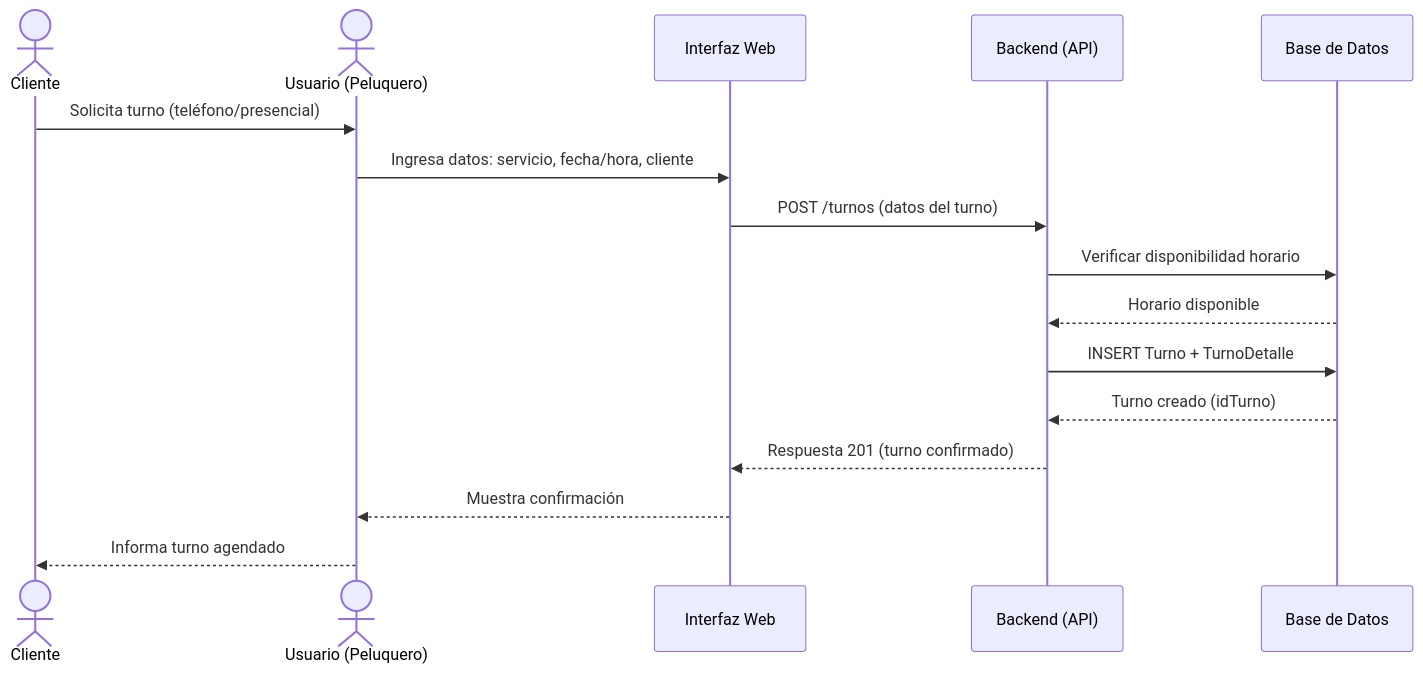
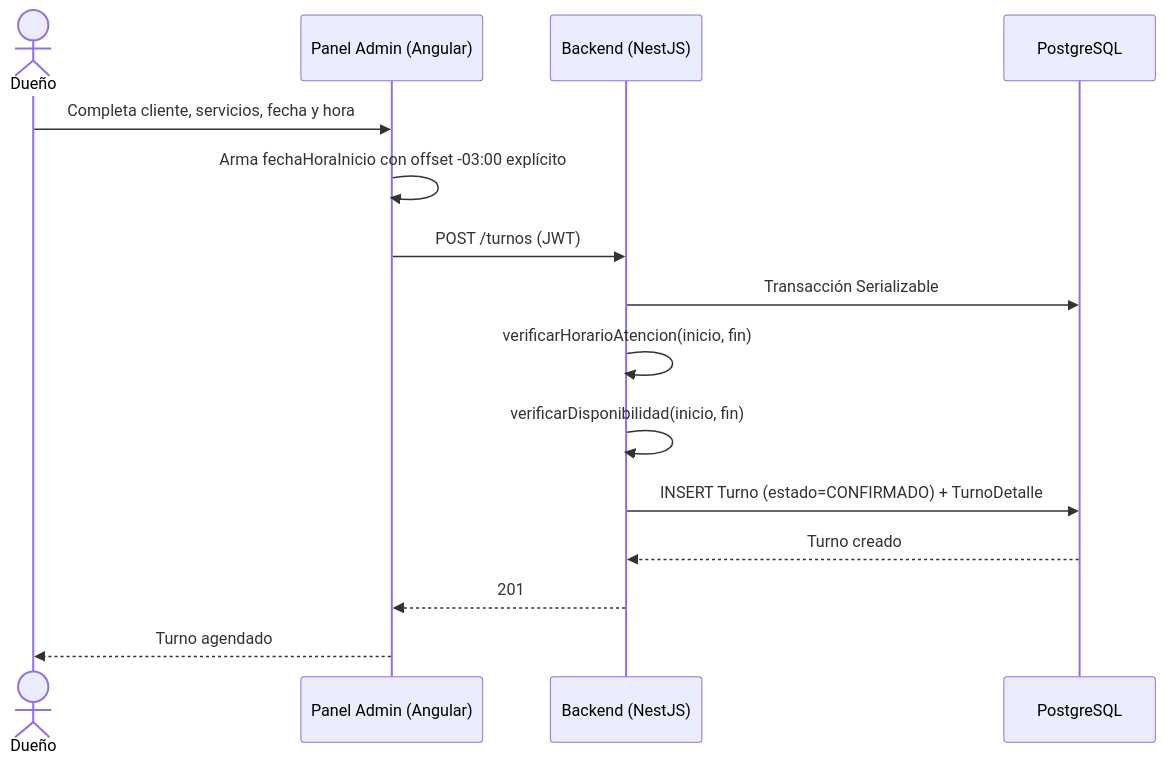
Before and after one commit to Lean-98/generic-barber: the second of 13 diagrams in diagramas-arquitectura-software/diagramas-procesos.md, drawn with Mermaid. The commit also changed other lines of this file and 9 other files, not shown here.

````diff
--- a/diagramas-arquitectura-software/diagramas-procesos.md
+++ b/diagramas-arquitectura-software/diagramas-procesos.md
@@ -9,19 +65,18 @@
 ```mermaid
 sequenceDiagram
-    actor Cliente
-    actor Usuario as Usuario (Peluquero)
-    participant UI as Interfaz Web
-    participant API as Backend (API)
-    participant DB as Base de Datos
+    actor Dueño
+    participant UI as Panel Admin (Angular)
+    participant API as Backend (NestJS)
+    participant DB as PostgreSQL
 
-    Cliente->>Usuario: Solicita turno (teléfono/presencial)
-    Usuario->>UI: Ingresa datos: servicio, fecha/hora, cliente
-    UI->>API: POST /turnos (datos del turno)
-    API->>DB: Verificar disponibilidad horario
-    DB-->>API: Horario disponible
-    API->>DB: INSERT Turno + TurnoDetalle
-    DB-->>API: Turno creado (idTurno)
-    API-->>UI: Respuesta 201 (turno confirmado)
-    UI-->>Usuario: Muestra confirmación
-    Usuario-->>Cliente: Informa turno agendado
+    Dueño->>UI: Completa cliente, servicios, fecha y hora
+    UI->>UI: Arma fechaHoraInicio con offset -03:00 explícito
+    UI->>API: POST /turnos (JWT)
+    API->>DB: Transacción Serializable
+    API->>API: verificarHorarioAtencion(inicio, fin)
+    API->>API: verificarDisponibilidad(inicio, fin)
+    API->>DB: INSERT Turno (estado=CONFIRMADO) + TurnoDetalle
+    DB-->>API: Turno creado
+    API-->>UI: 201
+    UI-->>Dueño: Turno agendado
 ```
````
